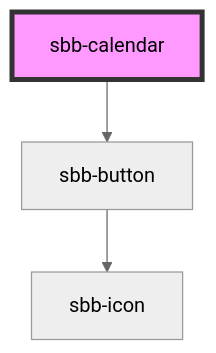
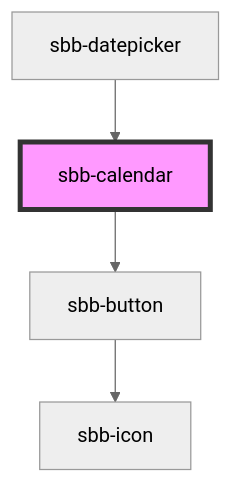
One commit to sbb-design-systems/lyne-components changed the diagram in src/components/sbb-calendar/readme.md. Above: the diagram before and after it, drawn with Mermaid (neutral theme). The commit also changed other lines of this file and 3 other files, not shown here.

````diff
--- a/src/components/sbb-calendar/readme.md
+++ b/src/components/sbb-calendar/readme.md
@@ -31,6 +48,7 @@
 ```mermaid
 graph TD;
   sbb-calendar --> sbb-button
   sbb-button --> sbb-icon
+  sbb-datepicker --> sbb-calendar
   style sbb-calendar fill:#f9f,stroke:#333,stroke-width:4px
 ```
````
